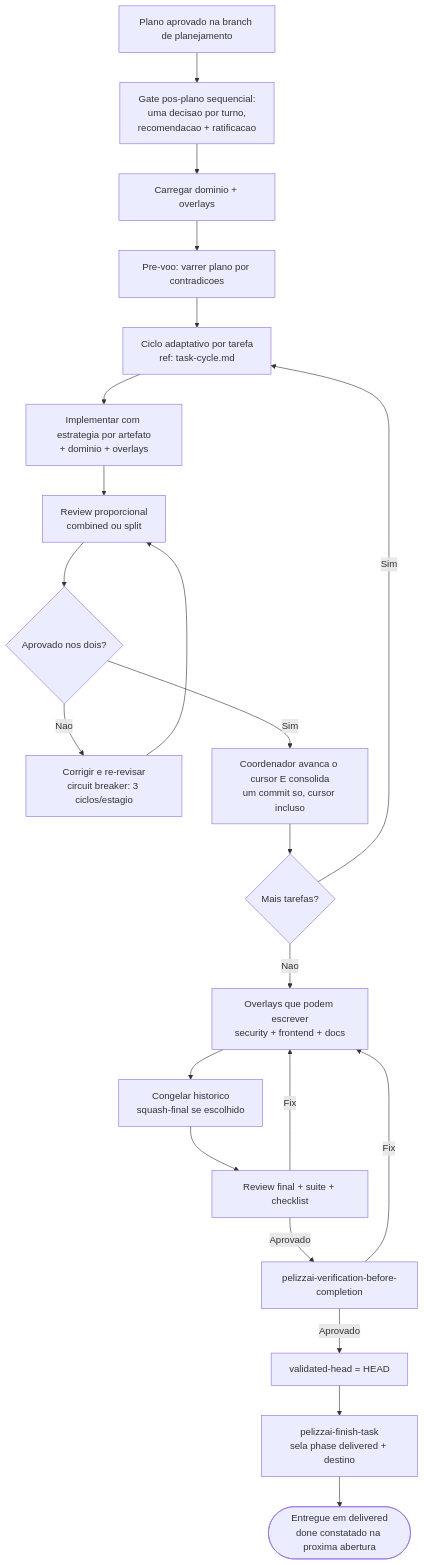
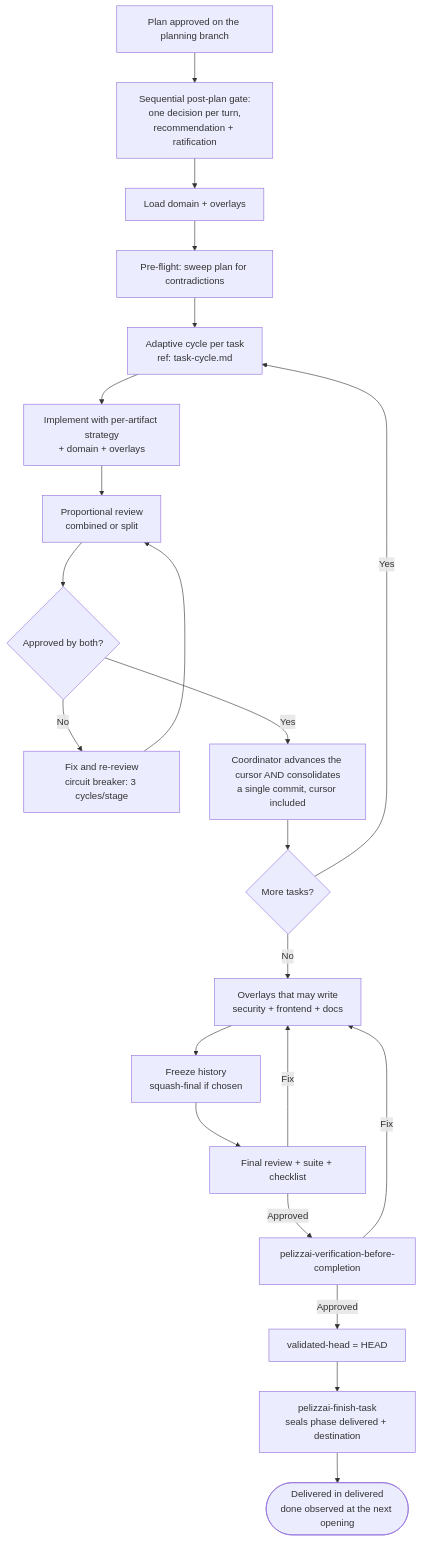
Before and after one commit to rpelizza/PelizzAI: the diagram in dist/.agents/skills/pelizzai-execution-plans/SKILL.md, drawn with Mermaid. The commit also changed other lines of this file and 362 other files, not shown here.

First line of the commit message:
feat(harness): translate PelizzAI to English and port noetron-design into pelizzai-frontend

````diff
--- a/dist/.agents/skills/pelizzai-execution-plans/SKILL.md
+++ b/dist/.agents/skills/pelizzai-execution-plans/SKILL.md
@@ -233,24 +238,24 @@
 ```mermaid
 flowchart TD
-    PL[Plano aprovado na branch de planejamento] --> GATE[Gate pos-plano sequencial:\numa decisao por turno,\nrecomendacao + ratificacao]
-    GATE --> DOM[Carregar dominio + overlays]
-    DOM --> PRE[Pre-voo: varrer plano por contradicoes]
-    PRE --> CY[Ciclo adaptativo por tarefa\nref: task-cycle.md]
-    CY --> T[Implementar com estrategia por artefato\n+ dominio + overlays]
-    T --> RV[Review proporcional\ncombined ou split]
-    RV --> Q{Aprovado nos dois?}
-    Q -- Nao --> FX[Corrigir e re-revisar\ncircuit breaker: 3 ciclos/estagio]
+    PL[Plan approved on the planning branch] --> GATE[Sequential post-plan gate:\none decision per turn,\nrecommendation + ratification]
+    GATE --> DOM[Load domain + overlays]
+    DOM --> PRE[Pre-flight: sweep plan for contradictions]
+    PRE --> CY[Adaptive cycle per task\nref: task-cycle.md]
+    CY --> T[Implement with per-artifact strategy\n+ domain + overlays]
+    T --> RV[Proportional review\ncombined or split]
+    RV --> Q{Approved by both?}
+    Q -- No --> FX[Fix and re-review\ncircuit breaker: 3 cycles/stage]
     FX --> RV
-    Q -- Sim --> CM[Coordenador avanca o cursor E consolida\num commit so, cursor incluso]
-    CM --> MORE{Mais tarefas?}
-    MORE -- Sim --> CY
-    MORE -- Nao --> OV[Overlays que podem escrever\nsecurity + frontend + docs]
-    OV --> CONS[Congelar historico\nsquash-final se escolhido]
-    CONS --> VAL[Review final + suite + checklist]
+    Q -- Yes --> CM[Coordinator advances the cursor AND consolidates\na single commit, cursor included]
+    CM --> MORE{More tasks?}
+    MORE -- Yes --> CY
+    MORE -- No --> OV[Overlays that may write\nsecurity + frontend + docs]
+    OV --> CONS[Freeze history\nsquash-final if chosen]
+    CONS --> VAL[Final review + suite + checklist]
     VAL -- Fix --> OV
-    VAL -- Aprovado --> VC[pelizzai-verification-before-completion]
+    VAL -- Approved --> VC[pelizzai-verification-before-completion]
     VC -- Fix --> OV
-    VC -- Aprovado --> SEAL[validated-head = HEAD]
-    SEAL --> FIN[pelizzai-finish-task\nsela phase delivered + destino]
-    FIN --> done([Entregue em delivered\ndone constatado na proxima abertura])
+    VC -- Approved --> SEAL[validated-head = HEAD]
+    SEAL --> FIN[pelizzai-finish-task\nseals phase delivered + destination]
+    FIN --> done([Delivered in delivered\ndone observed at the next opening])
 ```
````
